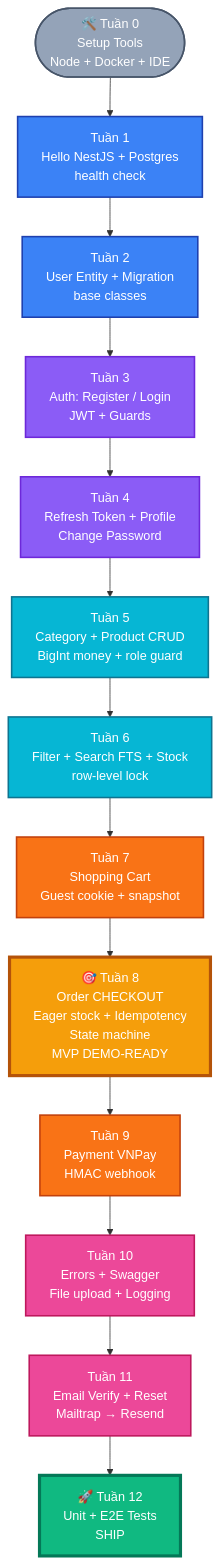
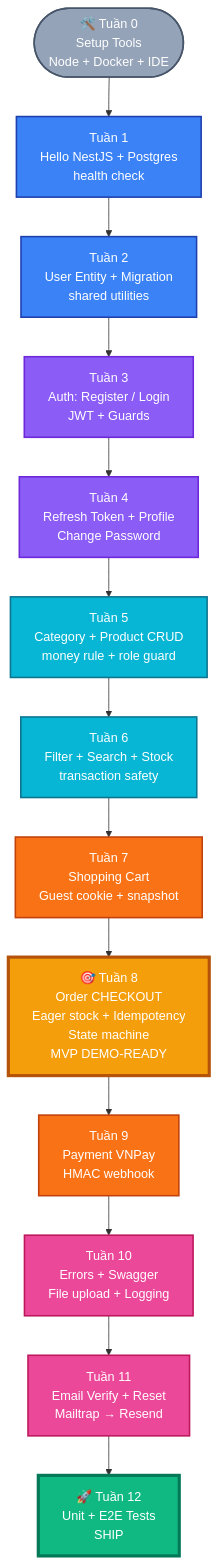
Before and after one commit to LuongCongThanh/be-nest-ecom: the first of 4 diagrams in planning/docs/ROADMAP.md, drawn with Mermaid. The commit also changed other lines of this file and 89 other files, not shown here.

````diff
--- a/planning/docs/ROADMAP.md
+++ b/planning/docs/ROADMAP.md
@@ -12,27 +14,27 @@
 ```mermaid
 graph TD
     W0([🛠️ Tuần 0<br/>Setup Tools<br/>Node + Docker + IDE]):::pre
     W1[Tuần 1<br/>Hello NestJS + Postgres<br/>health check]:::found
-    W2[Tuần 2<br/>User Entity + Migration<br/>base classes]:::found
+    W2[Tuần 2<br/>User Entity + Migration<br/>shared utilities]:::found
     W3[Tuần 3<br/>Auth: Register / Login<br/>JWT + Guards]:::auth
     W4[Tuần 4<br/>Refresh Token + Profile<br/>Change Password]:::auth
-    W5[Tuần 5<br/>Category + Product CRUD<br/>BigInt money + role guard]:::catalog
-    W6[Tuần 6<br/>Filter + Search FTS + Stock<br/>row-level lock]:::catalog
+    W5[Tuần 5<br/>Category + Product CRUD<br/>money rule + role guard]:::catalog
+    W6[Tuần 6<br/>Filter + Search + Stock<br/>transaction safety]:::catalog
     W7[Tuần 7<br/>Shopping Cart<br/>Guest cookie + snapshot]:::commerce
     W8[🎯 Tuần 8<br/>Order CHECKOUT<br/>Eager stock + Idempotency<br/>State machine<br/>MVP DEMO-READY]:::mvp
     W9[Tuần 9<br/>Payment VNPay<br/>HMAC webhook]:::commerce
     W10[Tuần 10<br/>Errors + Swagger<br/>File upload + Logging]:::polish
     W11[Tuần 11<br/>Email Verify + Reset<br/>Mailtrap → Resend]:::polish
     W12[🚀 Tuần 12<br/>Unit + E2E Tests<br/>SHIP]:::ship
 
     W0 --> W1 --> W2 --> W3 --> W4 --> W5 --> W6 --> W7 --> W8 --> W9 --> W10 --> W11 --> W12
 
     classDef pre fill:#94a3b8,color:#fff,stroke:#475569,stroke-width:2px
     classDef found fill:#3b82f6,color:#fff,stroke:#1e40af,stroke-width:2px
     classDef auth fill:#8b5cf6,color:#fff,stroke:#6d28d9,stroke-width:2px
     classDef catalog fill:#06b6d4,color:#fff,stroke:#0e7490,stroke-width:2px
     classDef commerce fill:#f97316,color:#fff,stroke:#c2410c,stroke-width:2px
     classDef mvp fill:#f59e0b,color:#fff,stroke:#b45309,stroke-width:4px
     classDef polish fill:#ec4899,color:#fff,stroke:#be185d,stroke-width:2px
     classDef ship fill:#10b981,color:#fff,stroke:#047857,stroke-width:4px
 ```
````
